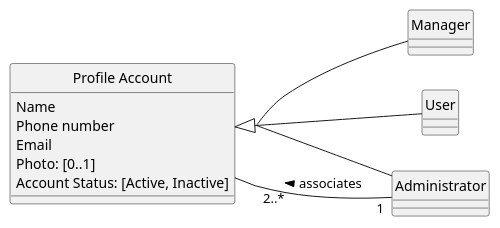
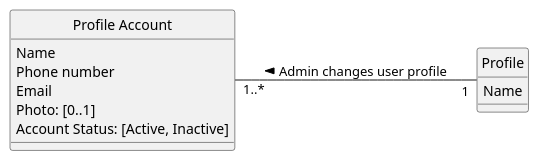
The diagram in docs/modelling_design/user_stories/us003/US003_ChangeProfileDMD.puml (ivo-menezes/project_g3), drawn with PlantUML before and after one commit. The commit also changed 4 other files, not shown here.

```diff
--- a/docs/modelling_design/user_stories/us003/US003_ChangeProfileDMD.puml
+++ b/docs/modelling_design/user_stories/us003/US003_ChangeProfileDMD.puml
@@ -1,21 +1,20 @@
 @startuml
 skinparam style strictuml
 left to right direction
 skinparam groupInheritance 3
 
- class "Profile Account" as Profile {
+ class "Profile Account" {
    Name
    Phone number
    Email
    Photo: [0..1]
    'the [0..1] in Photo indicates an optional value, see Craig 2004, p.121
    Account Status: [Active, Inactive]
  }
 
-Profile <|-- Manager
-Profile <|-- User
-Profile <|-- Administrator
+ class Profile {
+ Name
+ }
 
-Administrator "1" -- "2..*" Profile: associates >
-
+"Profile Account" "1..*" -- "1" Profile: Admin changes user profile <
 @enduml
```
